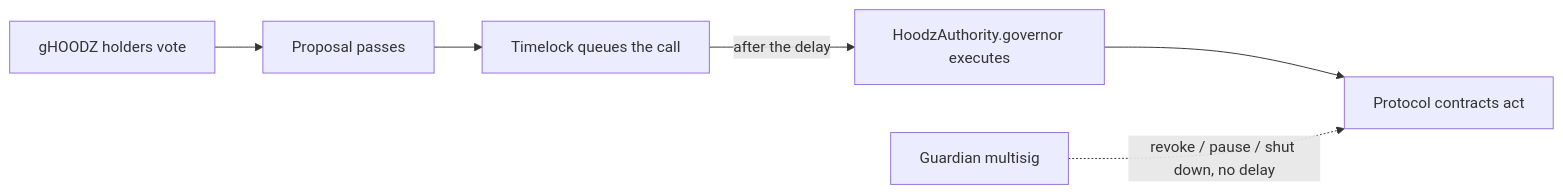
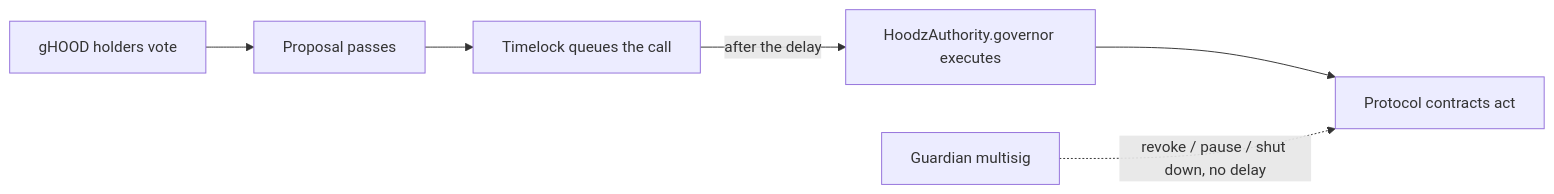
The tenth of 10 diagrams in docs/PROTOCOL.md (averageballer13/Hoodz), drawn with Mermaid before and after one commit. The commit also changed other lines of this file and 109 other files, not shown here.

````diff
--- a/docs/PROTOCOL.md
+++ b/docs/PROTOCOL.md
@@ -867,8 +867,8 @@
 ```mermaid
 flowchart LR
-    V["gHOODZ holders vote"] --> P["Proposal passes"]
+    V["gHOOD holders vote"] --> P["Proposal passes"]
     P --> TL["Timelock queues the call"]
     TL -->|"after the delay"| AUTH["HoodzAuthority.governor executes"]
     AUTH --> ACT["Protocol contracts act"]
     GRD["Guardian multisig"] -.->|"revoke / pause / shut down, no delay"| ACT
 ```
````
